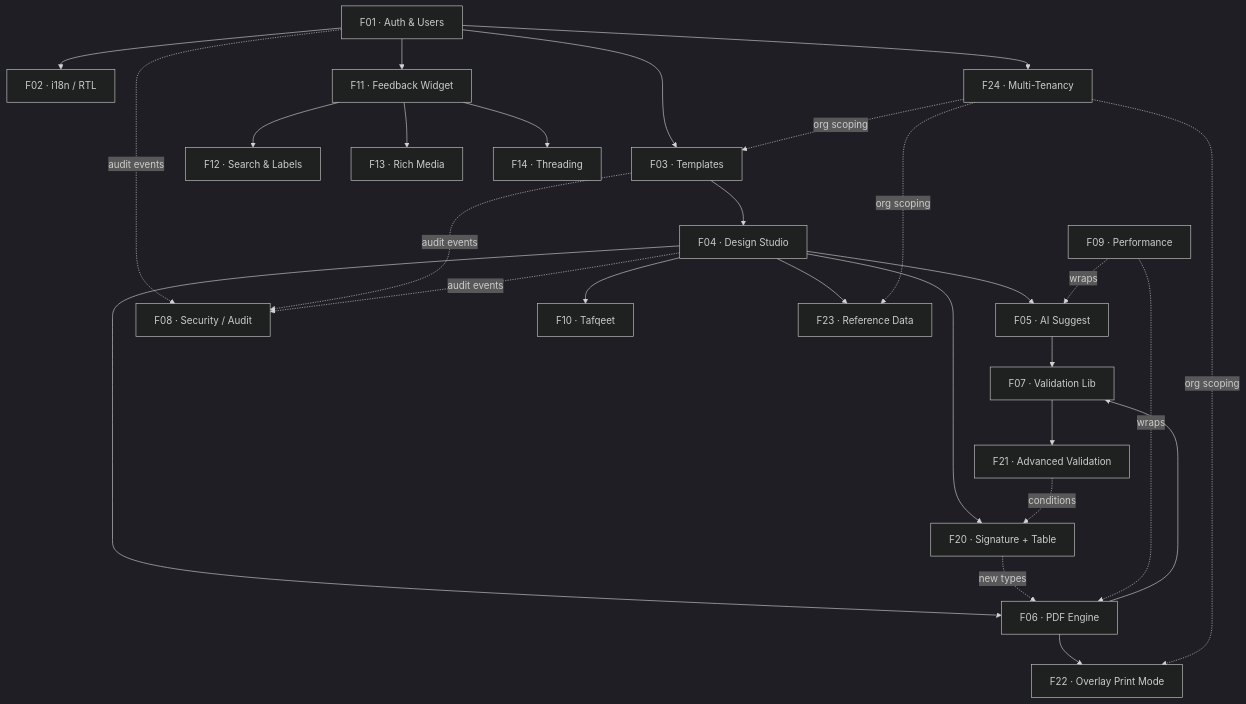
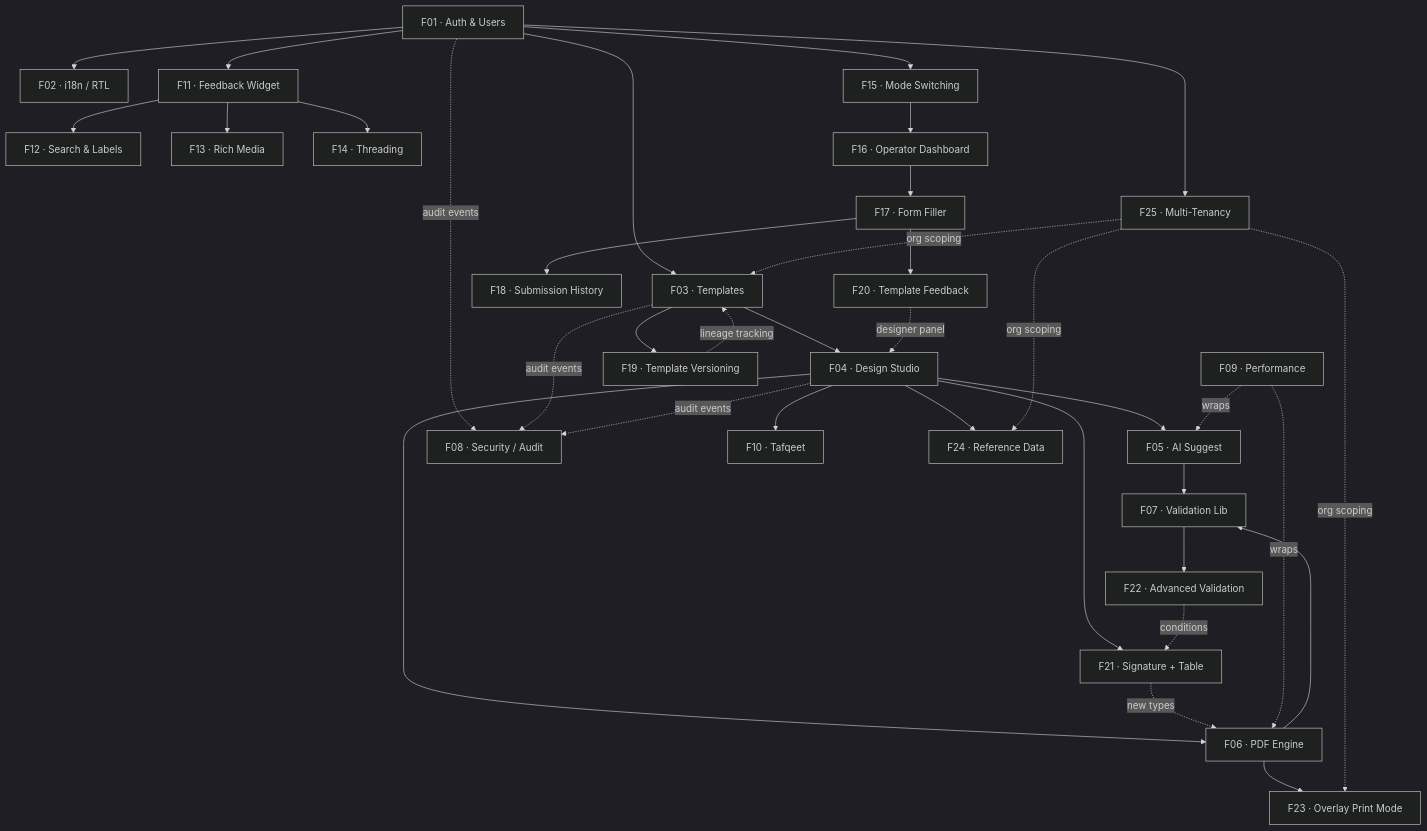
Before and after one commit to YasserHosny/FormCraft: the first of 3 diagrams in docs/flows/feature-map.md, drawn with Mermaid (dark theme). The commit also changed other lines of this file and 14 other files, not shown here.

First line of the commit message:
docs: complete flow documentation for all 25 features

````diff
--- a/docs/flows/feature-map.md
+++ b/docs/flows/feature-map.md
@@ -9,50 +9,64 @@
 ```mermaid
 graph TD
     F01["F01 · Auth & Users"]
     F02["F02 · i18n / RTL"]
     F03["F03 · Templates"]
     F04["F04 · Design Studio"]
     F05["F05 · AI Suggest"]
     F06["F06 · PDF Engine"]
     F07["F07 · Validation Lib"]
     F08["F08 · Security / Audit"]
     F09["F09 · Performance"]
     F10["F10 · Tafqeet"]
     F11["F11 · Feedback Widget"]
     F12["F12 · Search & Labels"]
     F13["F13 · Rich Media"]
     F14["F14 · Threading"]
-    F20["F20 · Signature + Table"]
-    F21["F21 · Advanced Validation"]
-    F22["F22 · Overlay Print Mode"]
-    F23["F23 · Reference Data"]
-    F24["F24 · Multi-Tenancy"]
+    F15["F15 · Mode Switching"]
+    F16["F16 · Operator Dashboard"]
+    F17["F17 · Form Filler"]
+    F18["F18 · Submission History"]
+    F19["F19 · Template Versioning"]
+    F20["F20 · Template Feedback"]
+    F21["F21 · Signature + Table"]
+    F22["F22 · Advanced Validation"]
+    F23["F23 · Overlay Print Mode"]
+    F24["F24 · Reference Data"]
+    F25["F25 · Multi-Tenancy"]
 
     F01 --> F02
     F01 --> F03
     F01 --> F11
+    F01 --> F15
+    F01 --> F25
     F03 --> F04
+    F03 --> F19
     F04 --> F05
     F04 --> F10
     F04 --> F06
-    F04 --> F20
-    F04 --> F23
+    F04 --> F21
+    F04 --> F24
     F05 --> F07
     F06 --> F07
-    F06 --> F22
-    F07 --> F21
+    F06 --> F23
+    F07 --> F22
     F11 --> F12
     F11 --> F13
     F11 --> F14
-    F01 --> F24
-    F24 -.->|"org scoping"| F03
-    F24 -.->|"org scoping"| F22
-    F24 -.->|"org scoping"| F23
-    F20 -.->|"new types"| F06
-    F21 -.->|"conditions"| F20
+    F15 --> F16
+    F16 --> F17
+    F17 --> F18
+    F17 --> F20
+    F19 -.->|"lineage tracking"| F03
+    F20 -.->|"designer panel"| F04
+    F25 -.->|"org scoping"| F03
+    F25 -.->|"org scoping"| F23
+    F25 -.->|"org scoping"| F24
+    F21 -.->|"new types"| F06
+    F22 -.->|"conditions"| F21
     F01 -.->|"audit events"| F08
     F03 -.->|"audit events"| F08
     F04 -.->|"audit events"| F08
     F09 -.->|"wraps"| F05
     F09 -.->|"wraps"| F06
 ```
````
